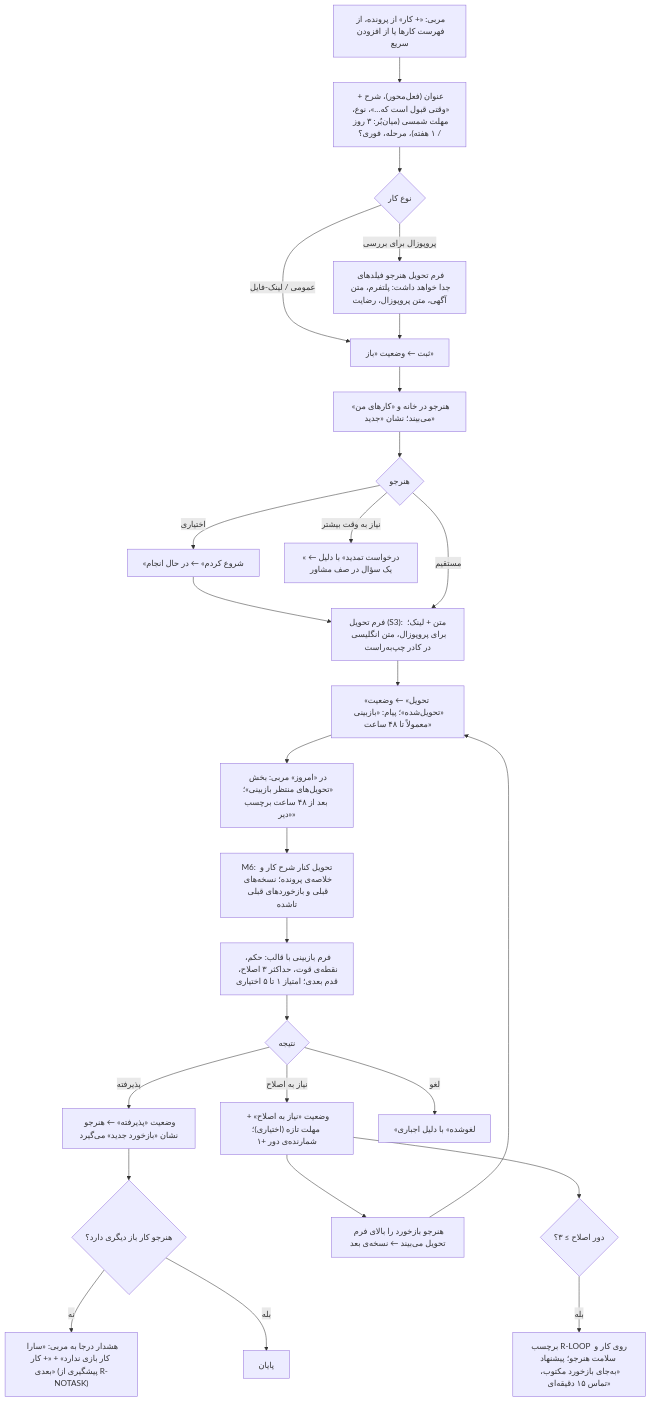
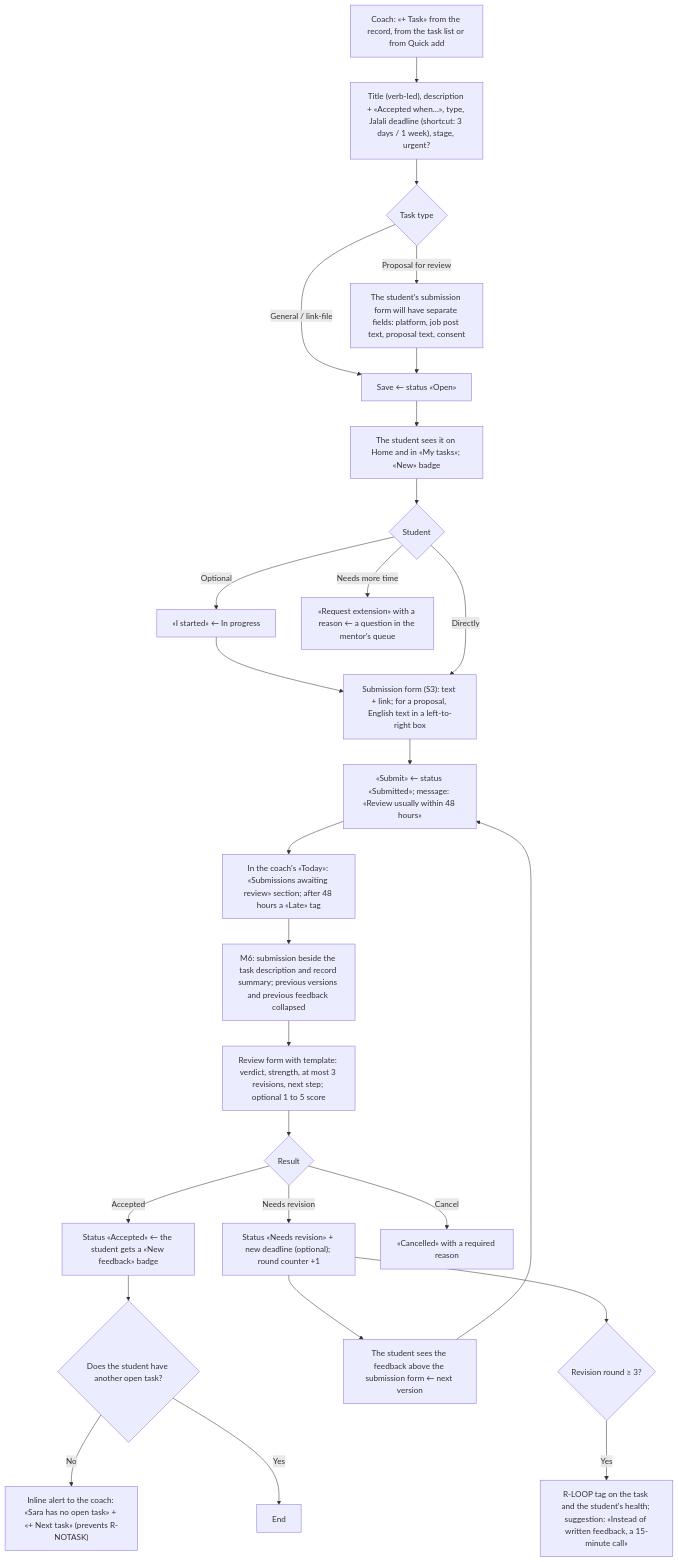
The fourth of 9 diagrams in docs/03-ux/user-flows.md (simorghsorkh/upworkcoach), drawn with Mermaid before and after one commit. The commit also changed other lines of this file and 360 other files, not shown here.

````diff
--- a/docs/03-ux/user-flows.md
+++ b/docs/03-ux/user-flows.md
@@ -110,27 +110,27 @@
 ```mermaid
 flowchart TD
-    A["مربی: «+ کار» از پرونده، از فهرست کارها یا از افزودن سریع"] --> B["عنوان (فعل‌محور)، شرح + «وقتی قبول است که…»، نوع، مهلت شمسی (میان‌بُر: ۳ روز / ۱ هفته)، مرحله، فوری؟"]
-    B --> B1{"نوع کار"}
-    B1 -->|عمومی / لینک-فایل| C["ثبت ← وضعیت «باز»"]
-    B1 -->|پروپوزال برای بررسی| B2["فرم تحویل هنرجو فیلدهای جدا خواهد داشت: پلتفرم، متن آگهی، متن پروپوزال، رضایت"] --> C
-    C --> D["هنرجو در خانه و «کارهای من» می‌بیند؛ نشان «جدید»"]
-    D --> E{"هنرجو"}
-    E -->|اختیاری| E1["«شروع کردم» ← در حال انجام"] --> F
-    E -->|مستقیم| F["فرم تحویل (S3): متن + لینک؛ برای پروپوزال، متن انگلیسی در کادر چپ‌به‌راست"]
-    E -->|نیاز به وقت بیشتر| E2["«درخواست تمدید» با دلیل ← یک سؤال در صف مشاور"]
-    F --> G["«تحویل» ← وضعیت «تحویل‌شده»؛ پیام: «بازبینی معمولاً تا ۴۸ ساعت»"]
-    G --> H["در «امروز» مربی: بخش «تحویل‌های منتظر بازبینی»؛ بعد از ۴۸ ساعت برچسب «دیر»"]
-    H --> I["M6: تحویل کنار شرح کار و خلاصه‌ی پرونده؛ نسخه‌های قبلی و بازخوردهای قبلی تاشده"]
-    I --> J["فرم بازبینی با قالب: حکم، نقطه‌ی قوت، حداکثر ۳ اصلاح، قدم بعدی؛ امتیاز ۱ تا ۵ اختیاری"]
-    J --> K{"نتیجه"}
-    K -->|پذیرفته| L["وضعیت «پذیرفته» ← هنرجو نشان «بازخورد جدید» می‌گیرد"]
-    L --> L1{"هنرجو کار باز دیگری دارد؟"}
-    L1 -->|نه| L2["هشدار درجا به مربی: «سارا کار بازی ندارد» + «+ کار بعدی» (پیشگیری از R-NOTASK)"]
-    L1 -->|بله| Z["پایان"]
-    K -->|نیاز به اصلاح| M["وضعیت «نیاز به اصلاح» + مهلت تازه (اختیاری)؛ شمارنده‌ی دور +۱"]
-    M --> N["هنرجو بازخورد را بالای فرم تحویل می‌بیند ← نسخه‌ی بعد"]
+    A["Coach: «+ Task» from the record, from the task list or from Quick add"] --> B["Title (verb-led), description + «Accepted when…», type, Jalali deadline (shortcut: 3 days / 1 week), stage, urgent?"]
+    B --> B1{"Task type"}
+    B1 -->|General / link-file| C["Save ← status «Open»"]
+    B1 -->|Proposal for review| B2["The student's submission form will have separate fields: platform, job post text, proposal text, consent"] --> C
+    C --> D["The student sees it on Home and in «My tasks»; «New» badge"]
+    D --> E{"Student"}
+    E -->|Optional| E1["«I started» ← In progress"] --> F
+    E -->|Directly| F["Submission form (S3): text + link; for a proposal, English text in a left-to-right box"]
+    E -->|Needs more time| E2["«Request extension» with a reason ← a question in the mentor's queue"]
+    F --> G["«Submit» ← status «Submitted»; message: «Review usually within 48 hours»"]
+    G --> H["In the coach's «Today»: «Submissions awaiting review» section; after 48 hours a «Late» tag"]
+    H --> I["M6: submission beside the task description and record summary; previous versions and previous feedback collapsed"]
+    I --> J["Review form with template: verdict, strength, at most 3 revisions, next step; optional 1 to 5 score"]
+    J --> K{"Result"}
+    K -->|Accepted| L["Status «Accepted» ← the student gets a «New feedback» badge"]
+    L --> L1{"Does the student have another open task?"}
+    L1 -->|No| L2["Inline alert to the coach: «Sara has no open task» + «+ Next task» (prevents R-NOTASK)"]
+    L1 -->|Yes| Z["End"]
+    K -->|Needs revision| M["Status «Needs revision» + new deadline (optional); round counter +1"]
+    M --> N["The student sees the feedback above the submission form ← next version"]
     N --> G
-    M --> O{"دور اصلاح ≥ ۳؟"}
-    O -->|بله| O1["برچسب R-LOOP روی کار و سلامت هنرجو؛ پیشنهاد «به‌جای بازخورد مکتوب، تماس ۱۵ دقیقه‌ای»"]
-    K -->|لغو| P["«لغوشده» با دلیل اجباری"]
+    M --> O{"Revision round ≥ 3?"}
+    O -->|Yes| O1["R-LOOP tag on the task and the student's health; suggestion: «Instead of written feedback, a 15-minute call»"]
+    K -->|Cancel| P["«Cancelled» with a required reason"]
 ```
````
